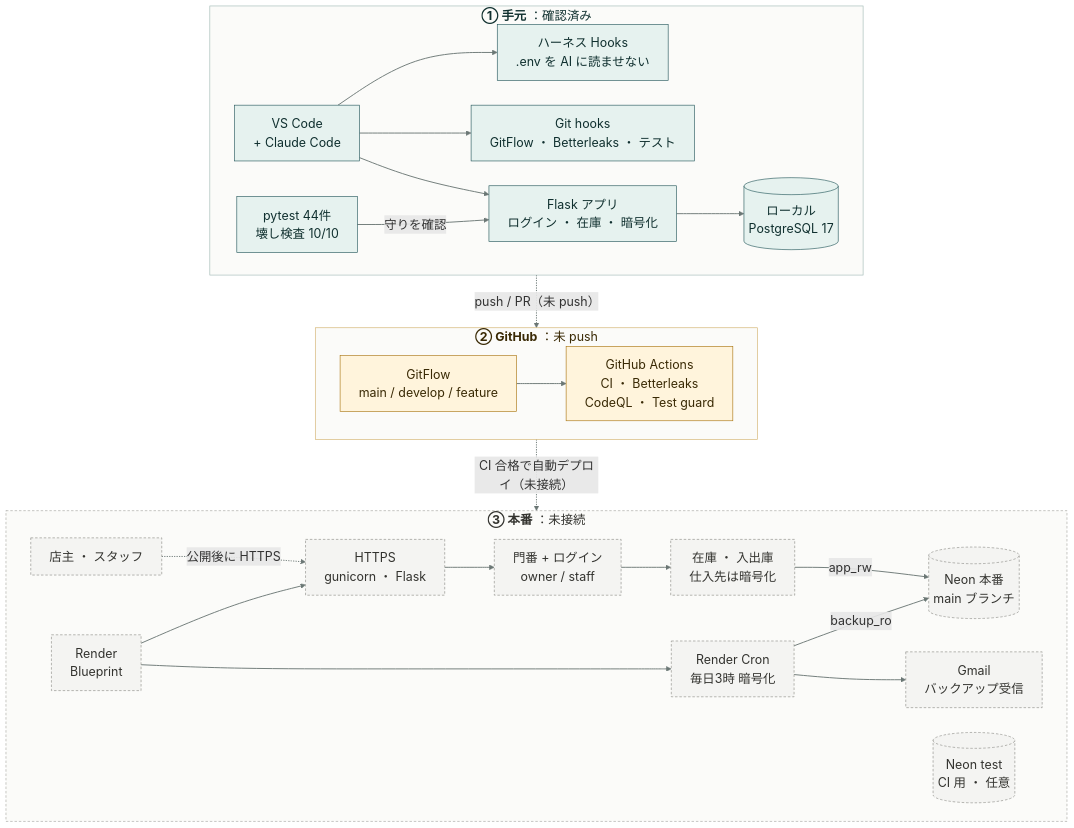
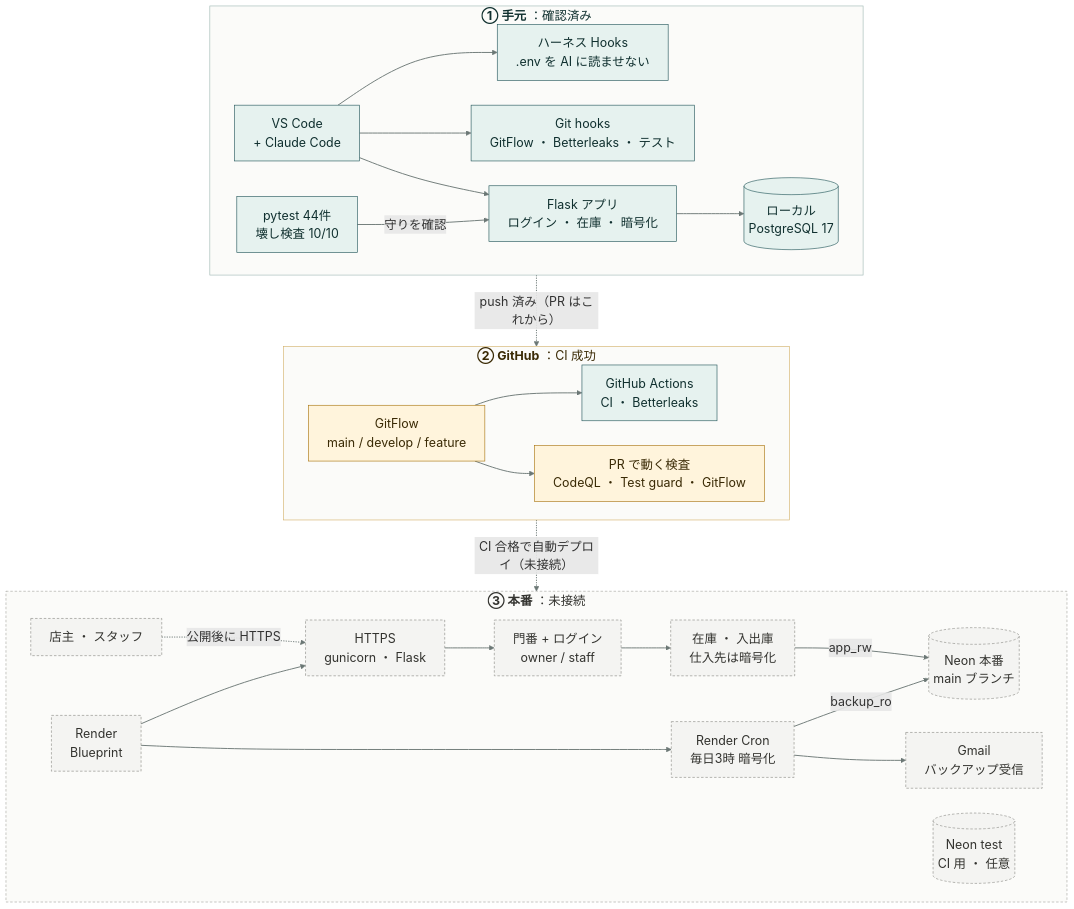
One commit to AchieveOn/20261103 changed the first of 2 diagrams in docs/ARCHITECTURE.md. Above: the diagram before and after it, drawn with Mermaid. The commit also changed other lines of this file and 3 other files, not shown here.

Commit message:
docs: 初回 push と CI 成功を状態表・全体図に反映

````diff
--- a/docs/ARCHITECTURE.md
+++ b/docs/ARCHITECTURE.md
@@ -28,69 +28,71 @@
 ```mermaid
 ---
 config:
   markdownAutoWrap: false
   flowchart:
     wrappingWidth: 420
     nodeSpacing: 40
     rankSpacing: 55
   themeVariables:
     fontSize: 20px
 ---
 flowchart TB
   %% 喫茶在庫の全体図（状態つき）。docs/ARCHITECTURE.md の「全体図」と同じ内容なので、直すときは両方そろえる
   %% 3段を縦に積み、段の中は左→右。段どうしは段そのものを矢印でつなぐ（中の向き LR を保つため）
   classDef done fill:#e6f2ef,stroke:#23565a,color:#10302f
   classDef ready fill:#fff4dc,stroke:#a8740f,color:#3a2a05
   classDef todo fill:#f4f4f2,stroke:#8a8a85,color:#33332f,stroke-dasharray:4 3
 
   subgraph L["`**① 手元** ：確認済み`"]
     direction LR
     VS["VS Code<br/>+ Claude Code"]
     HK["ハーネス Hooks<br/>.env を AI に読ませない"]
     GHK["Git hooks<br/>GitFlow ・ Betterleaks ・ テスト"]
     TST["pytest 44件<br/>壊し検査 10/10"]
     APP["Flask アプリ<br/>ログイン ・ 在庫 ・ 暗号化"]
     LDB[("ローカル<br/>PostgreSQL 17")]
     VS --> HK
     VS --> GHK
     VS --> APP --> LDB
     TST -->|守りを確認| APP
   end
 
-  subgraph G["`**② GitHub** ：未 push`"]
+  subgraph G["`**② GitHub** ：CI 成功`"]
     direction LR
     GF["GitFlow<br/>main / develop / feature"]
-    ACT["GitHub Actions<br/>CI ・ Betterleaks<br/>CodeQL ・ Test guard"]
+    ACT["GitHub Actions<br/>CI ・ Betterleaks"]
+    PRC["PR で動く検査<br/>CodeQL ・ Test guard ・ GitFlow"]
     GF --> ACT
+    GF --> PRC
   end
 
   subgraph P["`**③ 本番** ：未接続`"]
     direction LR
     USR["店主 ・ スタッフ"]
     BP["Render<br/>Blueprint"]
     WEB["HTTPS<br/>gunicorn ・ Flask"]
     AUTH["門番 + ログイン<br/>owner / staff"]
     INV["在庫 ・ 入出庫<br/>仕入先は暗号化"]
     NEON[("Neon 本番<br/>main ブランチ")]
     NT[("Neon test<br/>CI 用 ・ 任意")]
     CRON["Render Cron<br/>毎日3時 暗号化"]
     GM["Gmail<br/>バックアップ受信"]
     USR -. 公開後に HTTPS .-> WEB
     BP --> WEB --> AUTH --> INV -->|app_rw| NEON
     BP --> CRON -->|backup_ro| NEON
     CRON --> GM
   end
 
-  L -. "push / PR（未 push）" .-> G
+  L -. "push 済み（PR はこれから）" .-> G
   G -. "CI 合格で自動デプロイ（未接続）" .-> P
 
   linkStyle default stroke:#6b7775,stroke-width:1.5px
 
   style L fill:#fbfbf9,stroke:#9fb8b4,color:#10302f
   style G fill:#fbfbf9,stroke:#d2b06a,color:#3a2a05
   style P fill:#fbfbf9,stroke:#a5a5a0,color:#33332f,stroke-dasharray:4 3
 
-  class VS,HK,GHK,APP,LDB,TST done
-  class GF,ACT ready
+  class VS,HK,GHK,APP,LDB,TST,ACT done
+  class GF,PRC ready
   class USR,BP,WEB,AUTH,INV,NEON,NT,CRON,GM todo
 ```
````
